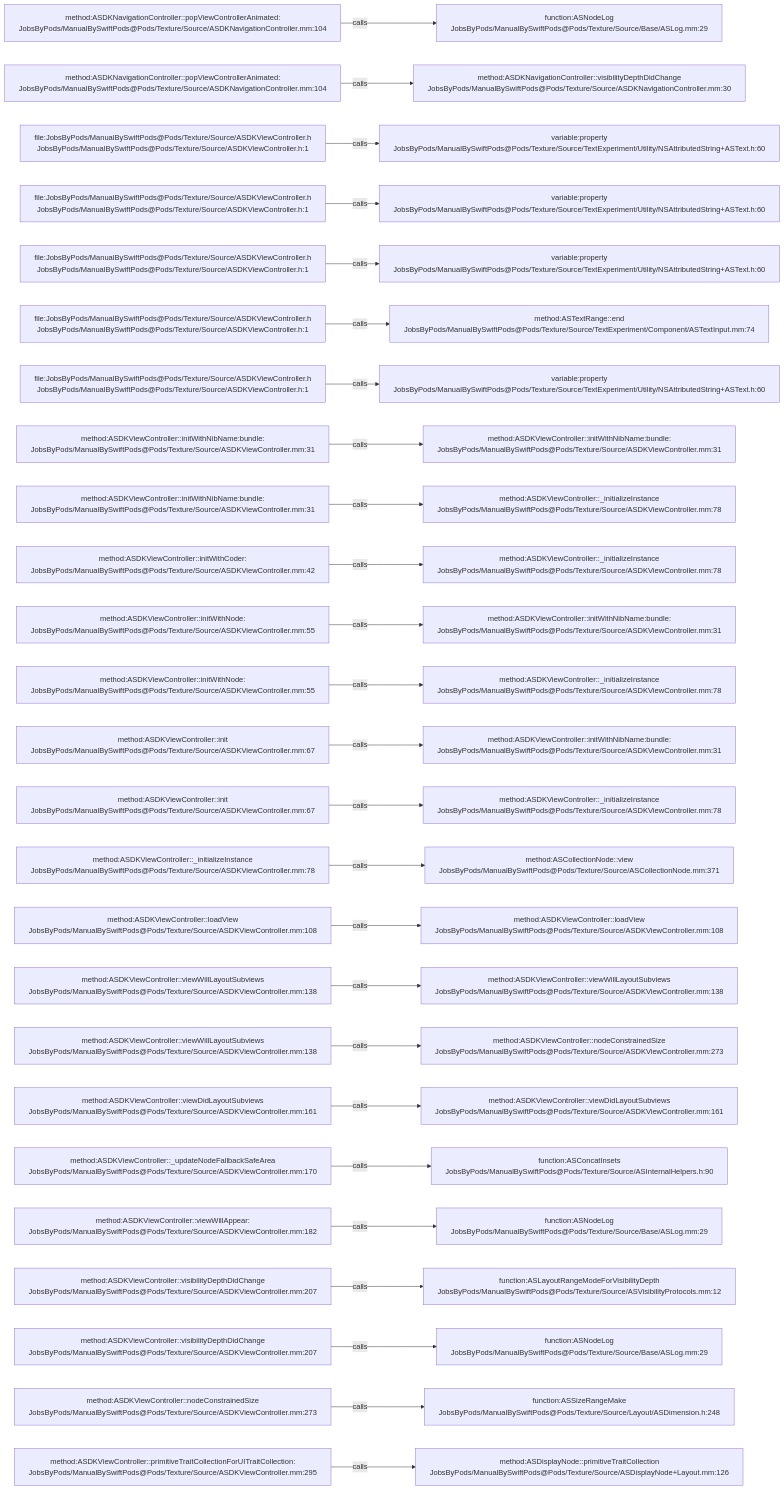
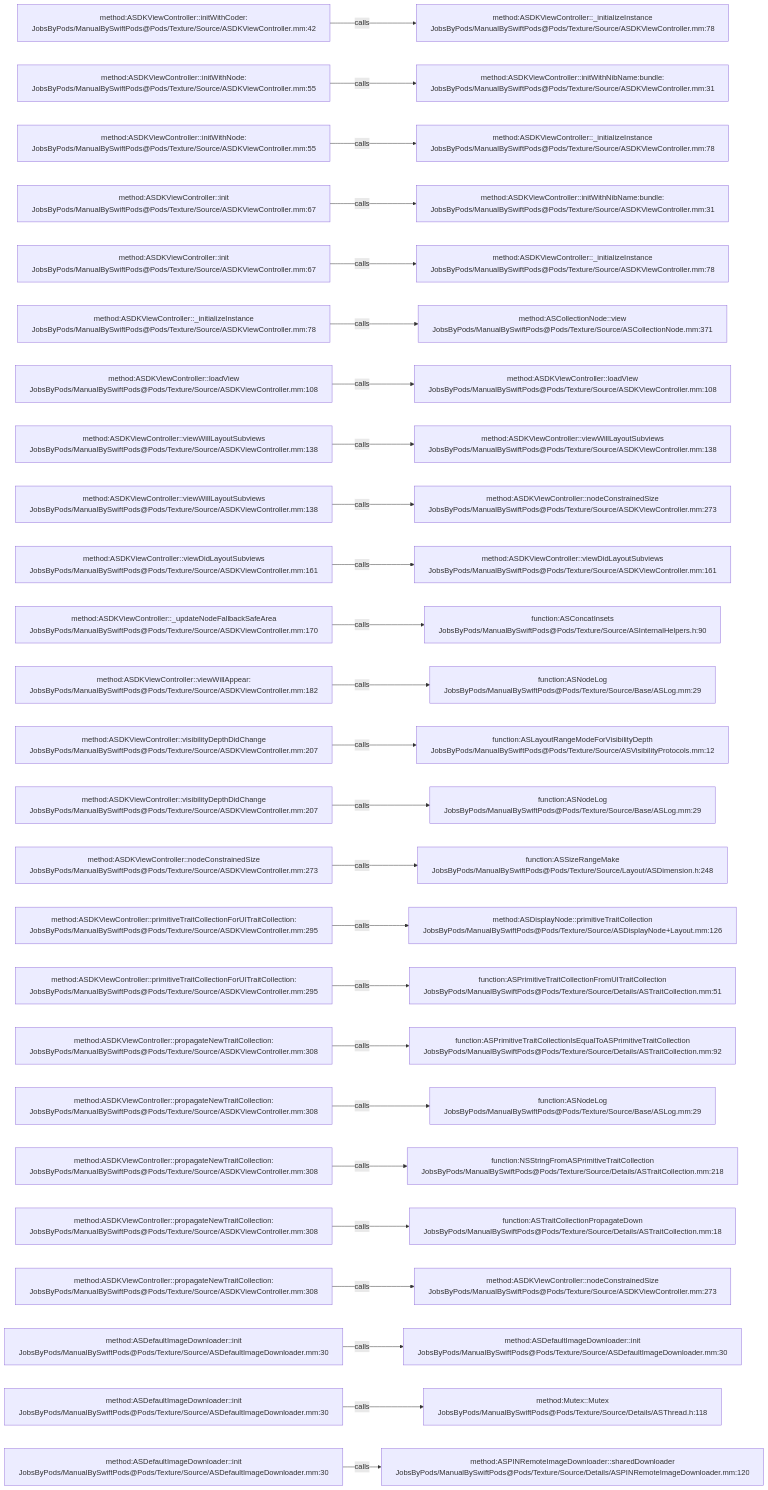
One commit to JobsKits/JobsSwiftBaseConfigDemo changed the diagram in .codegraph/codegraph.md/graphs/calls-019.md. Above: the diagram before and after it, drawn with Mermaid. The commit also changed 707 other files, not shown here.

````diff
--- a/.codegraph/codegraph.md/graphs/calls-019.md
+++ b/.codegraph/codegraph.md/graphs/calls-019.md
@@ -13,78 +13,78 @@
 ```mermaid
 flowchart LR
-  S1["method:ASDKNavigationController::popViewControllerAnimated:<br/>JobsByPods/ManualBySwiftPods@Pods/Texture/Source/ASDKNavigationController.mm:104"]
-  T1["function:ASNodeLog<br/>JobsByPods/ManualBySwiftPods@Pods/Texture/Source/Base/ASLog.mm:29"]
+  S1["method:ASDKViewController::initWithCoder:<br/>JobsByPods/ManualBySwiftPods@Pods/Texture/Source/ASDKViewController.mm:42"]
+  T1["method:ASDKViewController::_initializeInstance<br/>JobsByPods/ManualBySwiftPods@Pods/Texture/Source/ASDKViewController.mm:78"]
   S1 -->|calls| T1
-  S2["method:ASDKNavigationController::popViewControllerAnimated:<br/>JobsByPods/ManualBySwiftPods@Pods/Texture/Source/ASDKNavigationController.mm:104"]
-  T2["method:ASDKNavigationController::visibilityDepthDidChange<br/>JobsByPods/ManualBySwiftPods@Pods/Texture/Source/ASDKNavigationController.mm:30"]
+  S2["method:ASDKViewController::initWithNode:<br/>JobsByPods/ManualBySwiftPods@Pods/Texture/Source/ASDKViewController.mm:55"]
+  T2["method:ASDKViewController::initWithNibName:bundle:<br/>JobsByPods/ManualBySwiftPods@Pods/Texture/Source/ASDKViewController.mm:31"]
   S2 -->|calls| T2
-  S3["file:JobsByPods/ManualBySwiftPods@Pods/Texture/Source/ASDKViewController.h<br/>JobsByPods/ManualBySwiftPods@Pods/Texture/Source/ASDKViewController.h:1"]
-  T3["variable:property<br/>JobsByPods/ManualBySwiftPods@Pods/Texture/Source/TextExperiment/Utility/NSAttributedString+ASText.h:60"]
+  S3["method:ASDKViewController::initWithNode:<br/>JobsByPods/ManualBySwiftPods@Pods/Texture/Source/ASDKViewController.mm:55"]
+  T3["method:ASDKViewController::_initializeInstance<br/>JobsByPods/ManualBySwiftPods@Pods/Texture/Source/ASDKViewController.mm:78"]
   S3 -->|calls| T3
-  S4["file:JobsByPods/ManualBySwiftPods@Pods/Texture/Source/ASDKViewController.h<br/>JobsByPods/ManualBySwiftPods@Pods/Texture/Source/ASDKViewController.h:1"]
-  T4["variable:property<br/>JobsByPods/ManualBySwiftPods@Pods/Texture/Source/TextExperiment/Utility/NSAttributedString+ASText.h:60"]
+  S4["method:ASDKViewController::init<br/>JobsByPods/ManualBySwiftPods@Pods/Texture/Source/ASDKViewController.mm:67"]
+  T4["method:ASDKViewController::initWithNibName:bundle:<br/>JobsByPods/ManualBySwiftPods@Pods/Texture/Source/ASDKViewController.mm:31"]
   S4 -->|calls| T4
-  S5["file:JobsByPods/ManualBySwiftPods@Pods/Texture/Source/ASDKViewController.h<br/>JobsByPods/ManualBySwiftPods@Pods/Texture/Source/ASDKViewController.h:1"]
-  T5["variable:property<br/>JobsByPods/ManualBySwiftPods@Pods/Texture/Source/TextExperiment/Utility/NSAttributedString+ASText.h:60"]
+  S5["method:ASDKViewController::init<br/>JobsByPods/ManualBySwiftPods@Pods/Texture/Source/ASDKViewController.mm:67"]
+  T5["method:ASDKViewController::_initializeInstance<br/>JobsByPods/ManualBySwiftPods@Pods/Texture/Source/ASDKViewController.mm:78"]
   S5 -->|calls| T5
-  S6["file:JobsByPods/ManualBySwiftPods@Pods/Texture/Source/ASDKViewController.h<br/>JobsByPods/ManualBySwiftPods@Pods/Texture/Source/ASDKViewController.h:1"]
-  T6["method:ASTextRange::end<br/>JobsByPods/ManualBySwiftPods@Pods/Texture/Source/TextExperiment/Component/ASTextInput.mm:74"]
+  S6["method:ASDKViewController::_initializeInstance<br/>JobsByPods/ManualBySwiftPods@Pods/Texture/Source/ASDKViewController.mm:78"]
+  T6["method:ASCollectionNode::view<br/>JobsByPods/ManualBySwiftPods@Pods/Texture/Source/ASCollectionNode.mm:371"]
   S6 -->|calls| T6
-  S7["file:JobsByPods/ManualBySwiftPods@Pods/Texture/Source/ASDKViewController.h<br/>JobsByPods/ManualBySwiftPods@Pods/Texture/Source/ASDKViewController.h:1"]
-  T7["variable:property<br/>JobsByPods/ManualBySwiftPods@Pods/Texture/Source/TextExperiment/Utility/NSAttributedString+ASText.h:60"]
+  S7["method:ASDKViewController::loadView<br/>JobsByPods/ManualBySwiftPods@Pods/Texture/Source/ASDKViewController.mm:108"]
+  T7["method:ASDKViewController::loadView<br/>JobsByPods/ManualBySwiftPods@Pods/Texture/Source/ASDKViewController.mm:108"]
   S7 -->|calls| T7
-  S8["method:ASDKViewController::initWithNibName:bundle:<br/>JobsByPods/ManualBySwiftPods@Pods/Texture/Source/ASDKViewController.mm:31"]
-  T8["method:ASDKViewController::initWithNibName:bundle:<br/>JobsByPods/ManualBySwiftPods@Pods/Texture/Source/ASDKViewController.mm:31"]
+  S8["method:ASDKViewController::viewWillLayoutSubviews<br/>JobsByPods/ManualBySwiftPods@Pods/Texture/Source/ASDKViewController.mm:138"]
+  T8["method:ASDKViewController::viewWillLayoutSubviews<br/>JobsByPods/ManualBySwiftPods@Pods/Texture/Source/ASDKViewController.mm:138"]
   S8 -->|calls| T8
-  S9["method:ASDKViewController::initWithNibName:bundle:<br/>JobsByPods/ManualBySwiftPods@Pods/Texture/Source/ASDKViewController.mm:31"]
-  T9["method:ASDKViewController::_initializeInstance<br/>JobsByPods/ManualBySwiftPods@Pods/Texture/Source/ASDKViewController.mm:78"]
+  S9["method:ASDKViewController::viewWillLayoutSubviews<br/>JobsByPods/ManualBySwiftPods@Pods/Texture/Source/ASDKViewController.mm:138"]
+  T9["method:ASDKViewController::nodeConstrainedSize<br/>JobsByPods/ManualBySwiftPods@Pods/Texture/Source/ASDKViewController.mm:273"]
   S9 -->|calls| T9
-  S10["method:ASDKViewController::initWithCoder:<br/>JobsByPods/ManualBySwiftPods@Pods/Texture/Source/ASDKViewController.mm:42"]
-  T10["method:ASDKViewController::_initializeInstance<br/>JobsByPods/ManualBySwiftPods@Pods/Texture/Source/ASDKViewController.mm:78"]
+  S10["method:ASDKViewController::viewDidLayoutSubviews<br/>JobsByPods/ManualBySwiftPods@Pods/Texture/Source/ASDKViewController.mm:161"]
+  T10["method:ASDKViewController::viewDidLayoutSubviews<br/>JobsByPods/ManualBySwiftPods@Pods/Texture/Source/ASDKViewController.mm:161"]
   S10 -->|calls| T10
-  S11["method:ASDKViewController::initWithNode:<br/>JobsByPods/ManualBySwiftPods@Pods/Texture/Source/ASDKViewController.mm:55"]
-  T11["method:ASDKViewController::initWithNibName:bundle:<br/>JobsByPods/ManualBySwiftPods@Pods/Texture/Source/ASDKViewController.mm:31"]
+  S11["method:ASDKViewController::_updateNodeFallbackSafeArea<br/>JobsByPods/ManualBySwiftPods@Pods/Texture/Source/ASDKViewController.mm:170"]
+  T11["function:ASConcatInsets<br/>JobsByPods/ManualBySwiftPods@Pods/Texture/Source/ASInternalHelpers.h:90"]
   S11 -->|calls| T11
-  S12["method:ASDKViewController::initWithNode:<br/>JobsByPods/ManualBySwiftPods@Pods/Texture/Source/ASDKViewController.mm:55"]
-  T12["method:ASDKViewController::_initializeInstance<br/>JobsByPods/ManualBySwiftPods@Pods/Texture/Source/ASDKViewController.mm:78"]
+  S12["method:ASDKViewController::viewWillAppear:<br/>JobsByPods/ManualBySwiftPods@Pods/Texture/Source/ASDKViewController.mm:182"]
+  T12["function:ASNodeLog<br/>JobsByPods/ManualBySwiftPods@Pods/Texture/Source/Base/ASLog.mm:29"]
   S12 -->|calls| T12
-  S13["method:ASDKViewController::init<br/>JobsByPods/ManualBySwiftPods@Pods/Texture/Source/ASDKViewController.mm:67"]
-  T13["method:ASDKViewController::initWithNibName:bundle:<br/>JobsByPods/ManualBySwiftPods@Pods/Texture/Source/ASDKViewController.mm:31"]
+  S13["method:ASDKViewController::visibilityDepthDidChange<br/>JobsByPods/ManualBySwiftPods@Pods/Texture/Source/ASDKViewController.mm:207"]
+  T13["function:ASLayoutRangeModeForVisibilityDepth<br/>JobsByPods/ManualBySwiftPods@Pods/Texture/Source/ASVisibilityProtocols.mm:12"]
   S13 -->|calls| T13
-  S14["method:ASDKViewController::init<br/>JobsByPods/ManualBySwiftPods@Pods/Texture/Source/ASDKViewController.mm:67"]
-  T14["method:ASDKViewController::_initializeInstance<br/>JobsByPods/ManualBySwiftPods@Pods/Texture/Source/ASDKViewController.mm:78"]
+  S14["method:ASDKViewController::visibilityDepthDidChange<br/>JobsByPods/ManualBySwiftPods@Pods/Texture/Source/ASDKViewController.mm:207"]
+  T14["function:ASNodeLog<br/>JobsByPods/ManualBySwiftPods@Pods/Texture/Source/Base/ASLog.mm:29"]
   S14 -->|calls| T14
-  S15["method:ASDKViewController::_initializeInstance<br/>JobsByPods/ManualBySwiftPods@Pods/Texture/Source/ASDKViewController.mm:78"]
-  T15["method:ASCollectionNode::view<br/>JobsByPods/ManualBySwiftPods@Pods/Texture/Source/ASCollectionNode.mm:371"]
+  S15["method:ASDKViewController::nodeConstrainedSize<br/>JobsByPods/ManualBySwiftPods@Pods/Texture/Source/ASDKViewController.mm:273"]
+  T15["function:ASSizeRangeMake<br/>JobsByPods/ManualBySwiftPods@Pods/Texture/Source/Layout/ASDimension.h:248"]
   S15 -->|calls| T15
-  S16["method:ASDKViewController::loadView<br/>JobsByPods/ManualBySwiftPods@Pods/Texture/Source/ASDKViewController.mm:108"]
-  T16["method:ASDKViewController::loadView<br/>JobsByPods/ManualBySwiftPods@Pods/Texture/Source/ASDKViewController.mm:108"]
+  S16["method:ASDKViewController::primitiveTraitCollectionForUITraitCollection:<br/>JobsByPods/ManualBySwiftPods@Pods/Texture/Source/ASDKViewController.mm:295"]
+  T16["method:ASDisplayNode::primitiveTraitCollection<br/>JobsByPods/ManualBySwiftPods@Pods/Texture/Source/ASDisplayNode+Layout.mm:126"]
   S16 -->|calls| T16
-  S17["method:ASDKViewController::viewWillLayoutSubviews<br/>JobsByPods/ManualBySwiftPods@Pods/Texture/Source/ASDKViewController.mm:138"]
-  T17["method:ASDKViewController::viewWillLayoutSubviews<br/>JobsByPods/ManualBySwiftPods@Pods/Texture/Source/ASDKViewController.mm:138"]
+  S17["method:ASDKViewController::primitiveTraitCollectionForUITraitCollection:<br/>JobsByPods/ManualBySwiftPods@Pods/Texture/Source/ASDKViewController.mm:295"]
+  T17["function:ASPrimitiveTraitCollectionFromUITraitCollection<br/>JobsByPods/ManualBySwiftPods@Pods/Texture/Source/Details/ASTraitCollection.mm:51"]
   S17 -->|calls| T17
-  S18["method:ASDKViewController::viewWillLayoutSubviews<br/>JobsByPods/ManualBySwiftPods@Pods/Texture/Source/ASDKViewController.mm:138"]
-  T18["method:ASDKViewController::nodeConstrainedSize<br/>JobsByPods/ManualBySwiftPods@Pods/Texture/Source/ASDKViewController.mm:273"]
+  S18["method:ASDKViewController::propagateNewTraitCollection:<br/>JobsByPods/ManualBySwiftPods@Pods/Texture/Source/ASDKViewController.mm:308"]
+  T18["function:ASPrimitiveTraitCollectionIsEqualToASPrimitiveTraitCollection<br/>JobsByPods/ManualBySwiftPods@Pods/Texture/Source/Details/ASTraitCollection.mm:92"]
   S18 -->|calls| T18
-  S19["method:ASDKViewController::viewDidLayoutSubviews<br/>JobsByPods/ManualBySwiftPods@Pods/Texture/Source/ASDKViewController.mm:161"]
-  T19["method:ASDKViewController::viewDidLayoutSubviews<br/>JobsByPods/ManualBySwiftPods@Pods/Texture/Source/ASDKViewController.mm:161"]
+  S19["method:ASDKViewController::propagateNewTraitCollection:<br/>JobsByPods/ManualBySwiftPods@Pods/Texture/Source/ASDKViewController.mm:308"]
+  T19["function:ASNodeLog<br/>JobsByPods/ManualBySwiftPods@Pods/Texture/Source/Base/ASLog.mm:29"]
   S19 -->|calls| T19
-  S20["method:ASDKViewController::_updateNodeFallbackSafeArea<br/>JobsByPods/ManualBySwiftPods@Pods/Texture/Source/ASDKViewController.mm:170"]
-  T20["function:ASConcatInsets<br/>JobsByPods/ManualBySwiftPods@Pods/Texture/Source/ASInternalHelpers.h:90"]
+  S20["method:ASDKViewController::propagateNewTraitCollection:<br/>JobsByPods/ManualBySwiftPods@Pods/Texture/Source/ASDKViewController.mm:308"]
+  T20["function:NSStringFromASPrimitiveTraitCollection<br/>JobsByPods/ManualBySwiftPods@Pods/Texture/Source/Details/ASTraitCollection.mm:218"]
   S20 -->|calls| T20
-  S21["method:ASDKViewController::viewWillAppear:<br/>JobsByPods/ManualBySwiftPods@Pods/Texture/Source/ASDKViewController.mm:182"]
-  T21["function:ASNodeLog<br/>JobsByPods/ManualBySwiftPods@Pods/Texture/Source/Base/ASLog.mm:29"]
+  S21["method:ASDKViewController::propagateNewTraitCollection:<br/>JobsByPods/ManualBySwiftPods@Pods/Texture/Source/ASDKViewController.mm:308"]
+  T21["function:ASTraitCollectionPropagateDown<br/>JobsByPods/ManualBySwiftPods@Pods/Texture/Source/Details/ASTraitCollection.mm:18"]
   S21 -->|calls| T21
-  S22["method:ASDKViewController::visibilityDepthDidChange<br/>JobsByPods/ManualBySwiftPods@Pods/Texture/Source/ASDKViewController.mm:207"]
-  T22["function:ASLayoutRangeModeForVisibilityDepth<br/>JobsByPods/ManualBySwiftPods@Pods/Texture/Source/ASVisibilityProtocols.mm:12"]
+  S22["method:ASDKViewController::propagateNewTraitCollection:<br/>JobsByPods/ManualBySwiftPods@Pods/Texture/Source/ASDKViewController.mm:308"]
+  T22["method:ASDKViewController::nodeConstrainedSize<br/>JobsByPods/ManualBySwiftPods@Pods/Texture/Source/ASDKViewController.mm:273"]
   S22 -->|calls| T22
-  S23["method:ASDKViewController::visibilityDepthDidChange<br/>JobsByPods/ManualBySwiftPods@Pods/Texture/Source/ASDKViewController.mm:207"]
-  T23["function:ASNodeLog<br/>JobsByPods/ManualBySwiftPods@Pods/Texture/Source/Base/ASLog.mm:29"]
+  S23["method:ASDefaultImageDownloader::init<br/>JobsByPods/ManualBySwiftPods@Pods/Texture/Source/ASDefaultImageDownloader.mm:30"]
+  T23["method:ASDefaultImageDownloader::init<br/>JobsByPods/ManualBySwiftPods@Pods/Texture/Source/ASDefaultImageDownloader.mm:30"]
   S23 -->|calls| T23
-  S24["method:ASDKViewController::nodeConstrainedSize<br/>JobsByPods/ManualBySwiftPods@Pods/Texture/Source/ASDKViewController.mm:273"]
-  T24["function:ASSizeRangeMake<br/>JobsByPods/ManualBySwiftPods@Pods/Texture/Source/Layout/ASDimension.h:248"]
+  S24["method:ASDefaultImageDownloader::init<br/>JobsByPods/ManualBySwiftPods@Pods/Texture/Source/ASDefaultImageDownloader.mm:30"]
+  T24["method:Mutex::Mutex<br/>JobsByPods/ManualBySwiftPods@Pods/Texture/Source/Details/ASThread.h:118"]
   S24 -->|calls| T24
-  S25["method:ASDKViewController::primitiveTraitCollectionForUITraitCollection:<br/>JobsByPods/ManualBySwiftPods@Pods/Texture/Source/ASDKViewController.mm:295"]
-  T25["method:ASDisplayNode::primitiveTraitCollection<br/>JobsByPods/ManualBySwiftPods@Pods/Texture/Source/ASDisplayNode+Layout.mm:126"]
+  S25["method:ASDefaultImageDownloader::init<br/>JobsByPods/ManualBySwiftPods@Pods/Texture/Source/ASDefaultImageDownloader.mm:30"]
+  T25["method:ASPINRemoteImageDownloader::sharedDownloader<br/>JobsByPods/ManualBySwiftPods@Pods/Texture/Source/Details/ASPINRemoteImageDownloader.mm:120"]
   S25 -->|calls| T25
 ```
````
